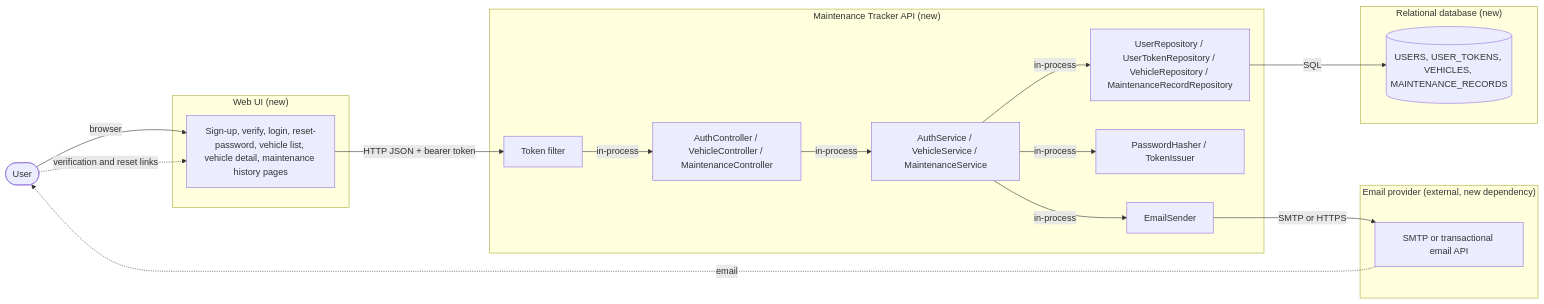
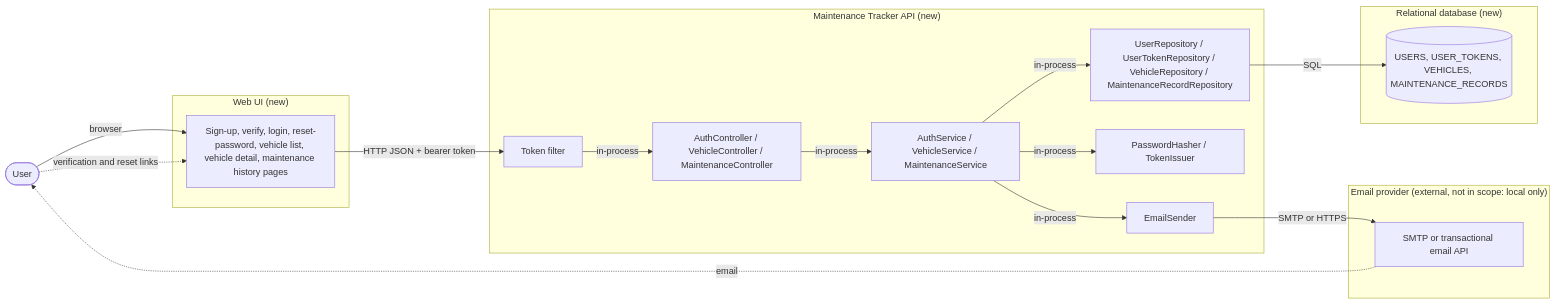
One commit to dieggob/TechnicalTestModernTech changed diagram 11 of 13 in Docs/designs/Vehicle Maintenance Tracker.md. Above: the diagram before and after it, drawn with Mermaid. The commit also changed other lines of this file and 3 other files, not shown here.

````diff
--- a/Docs/designs/Vehicle Maintenance Tracker.md
+++ b/Docs/designs/Vehicle Maintenance Tracker.md
@@ -660,32 +663,32 @@
 ```mermaid
 flowchart LR
   person([User])
   subgraph UI["Web UI (new)"]
     pages["Sign-up, verify, login, reset-password, vehicle list, vehicle detail, maintenance history pages"]
   end
   subgraph API["Maintenance Tracker API (new)"]
     filter["Token filter"]
     ctrl["AuthController / VehicleController / MaintenanceController"]
     svc["AuthService / VehicleService / MaintenanceService"]
     repo["UserRepository / UserTokenRepository / VehicleRepository / MaintenanceRecordRepository"]
     sec["PasswordHasher / TokenIssuer"]
     mail["EmailSender"]
   end
   subgraph Data["Relational database (new)"]
     db[("USERS, USER_TOKENS, VEHICLES, MAINTENANCE_RECORDS")]
   end
-  subgraph Ext["Email provider (external, new dependency)"]
+  subgraph Ext["Email provider (external, not in scope: local only)"]
     smtp["SMTP or transactional email API"]
   end
   person -->|browser| pages
   person -.->|"verification and reset links"| pages
   pages -->|"HTTP JSON + bearer token"| filter
   filter -->|in-process| ctrl
   ctrl -->|in-process| svc
   svc -->|in-process| repo
   svc -->|in-process| sec
   svc -->|in-process| mail
   repo -->|SQL| db
   mail -->|"SMTP or HTTPS"| smtp
   smtp -.->|email| person
 ```
````
